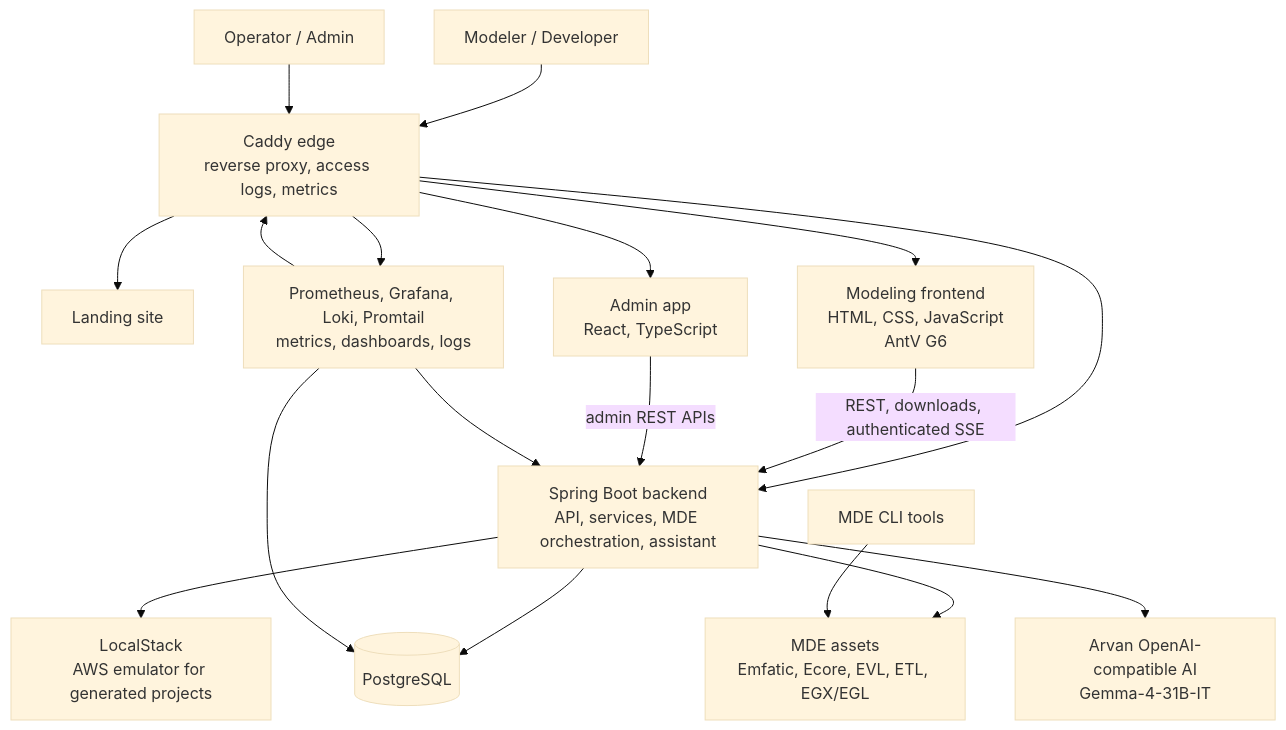
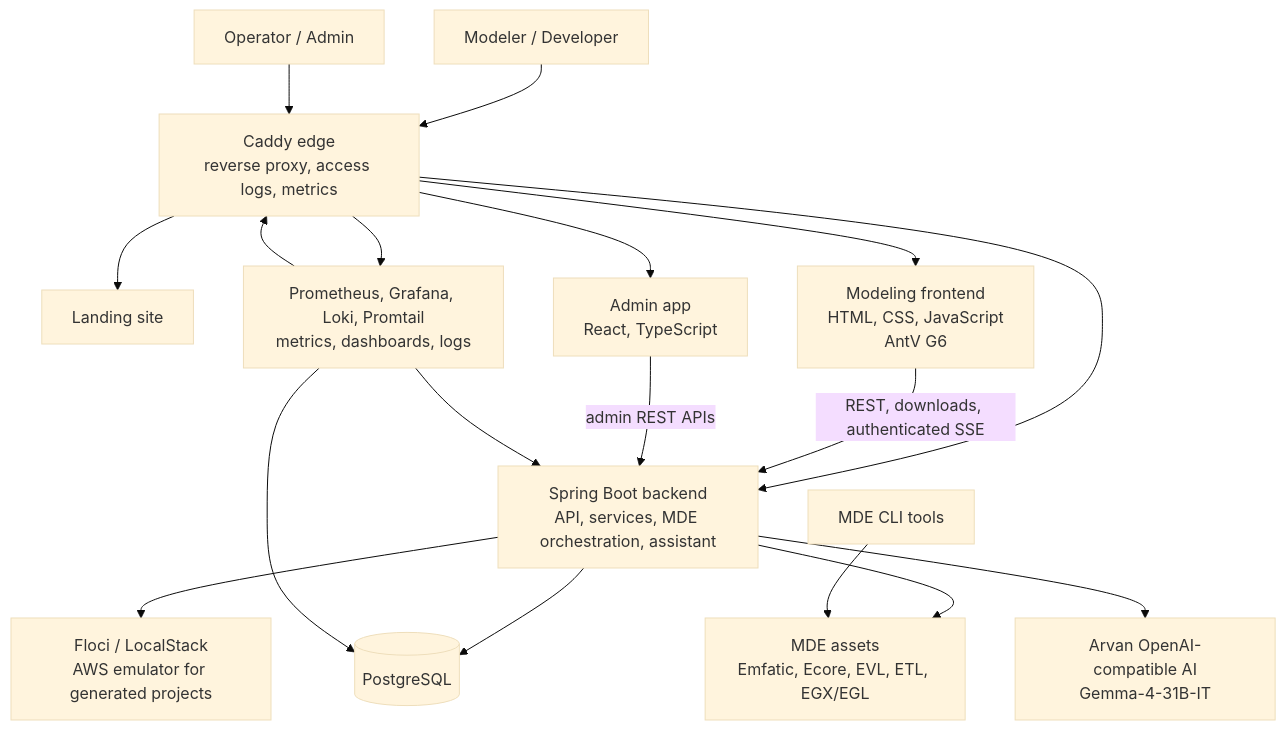
The diagram in docs/public-docs/docs/architecture/system.md (mehdieidi/modriss), drawn with Mermaid (base theme) before and after one commit. The commit also changed other lines of this file and 40 other files, not shown here.

First line of the commit message:
feat(generation): add Floci AWS emulator support and Lambda integration URIs

````diff
--- a/docs/public-docs/docs/architecture/system.md
+++ b/docs/public-docs/docs/architecture/system.md
@@ -3,34 +3,34 @@
 ```mermaid
 flowchart TB
     User["Modeler / Developer"]
     Operator["Operator / Admin"]
     Caddy["Caddy edge<br/>reverse proxy, access logs, metrics"]
     Landing["Landing site"]
     Frontend["Modeling frontend<br/>HTML, CSS, JavaScript<br/>AntV G6"]
     Admin["Admin app<br/>React, TypeScript"]
     Backend["Spring Boot backend<br/>API, services, MDE orchestration, assistant"]
     DB[("PostgreSQL")]
     MDE["MDE assets<br/>Emfatic, Ecore, EVL, ETL, EGX/EGL"]
     Observability["Prometheus, Grafana, Loki, Promtail<br/>metrics, dashboards, logs"]
-    LocalStack["LocalStack<br/>AWS emulator for generated projects"]
+    AwsEmulator["Floci / LocalStack<br/>AWS emulator for generated projects"]
     AI["Arvan OpenAI-compatible AI<br/>Gemma-4-31B-IT"]
     CLIs["MDE CLI tools"]
 
     User --> Caddy
     Operator --> Caddy
     Caddy --> Landing
     Caddy --> Frontend
     Caddy --> Admin
     Caddy --> Backend
     Caddy --> Observability
     Frontend -->|"REST, downloads, authenticated SSE"| Backend
     Admin -->|"admin REST APIs"| Backend
     Backend --> DB
     Backend --> MDE
-    Backend --> LocalStack
+    Backend --> AwsEmulator
     Backend --> AI
     Observability --> Backend
     Observability --> Caddy
     Observability --> DB
     CLIs --> MDE
 ```
````
